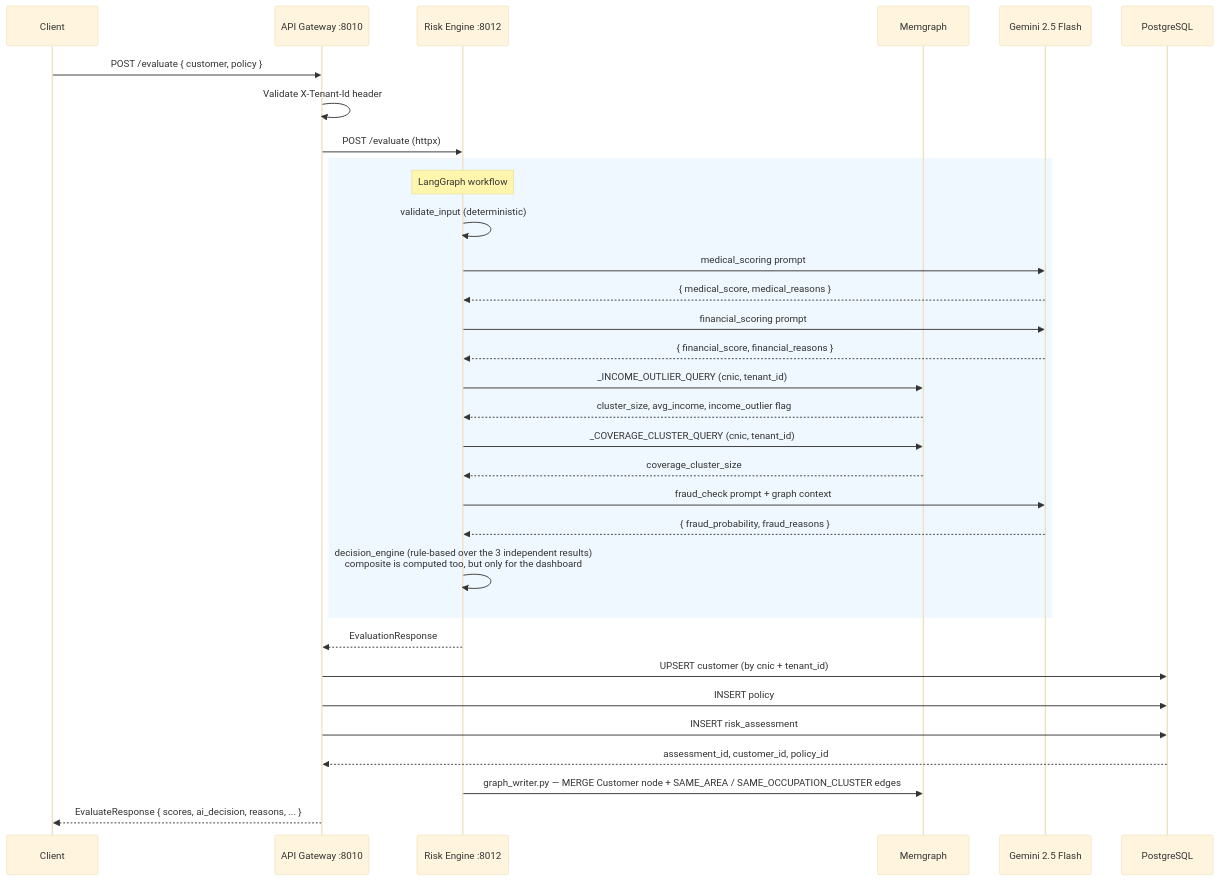
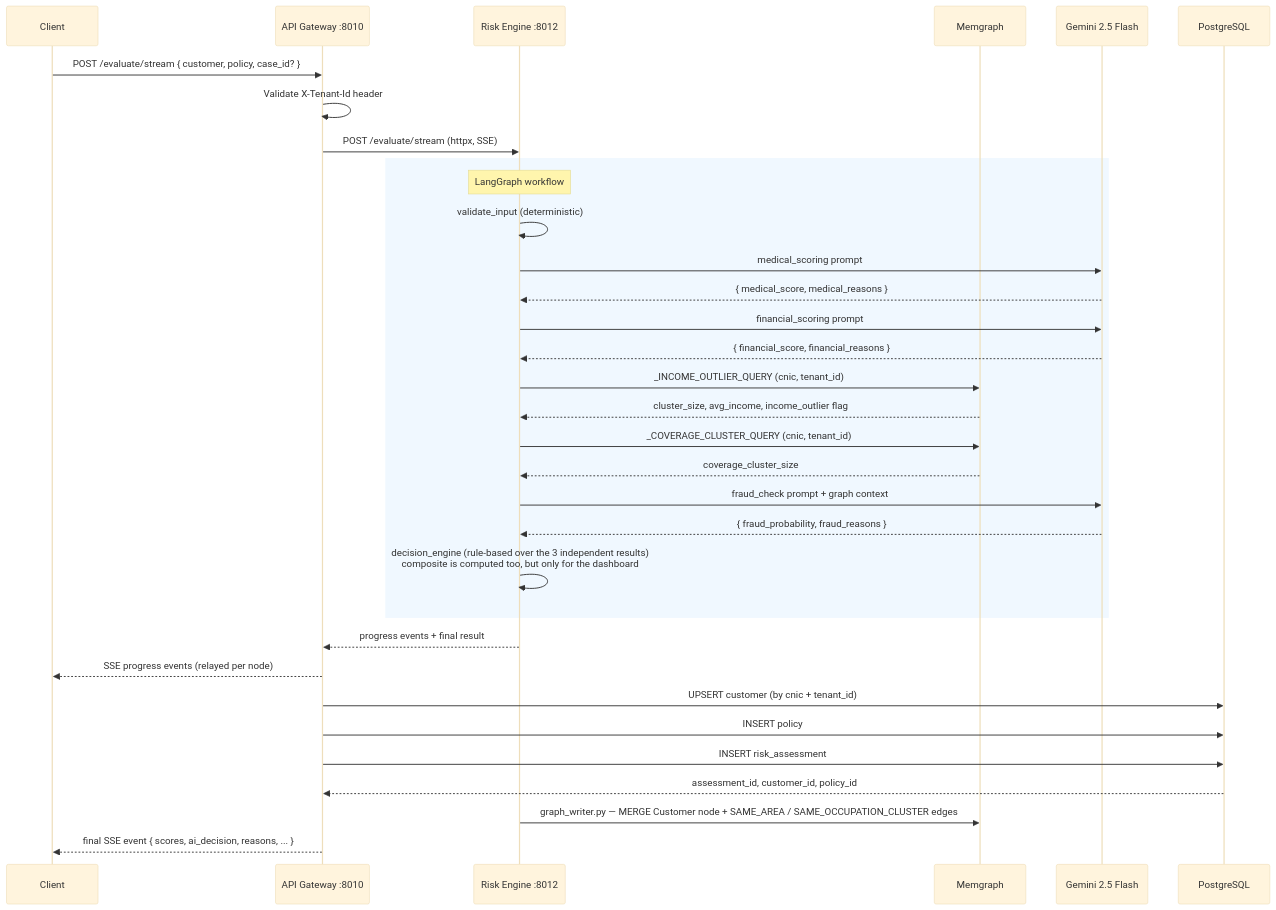
Before and after one commit to Nouman64-cat/insurance-ai: the second of 5 diagrams in docs/docs/data-flow.md, drawn with Mermaid (base theme). The commit also changed other lines of this file and 13 other files, not shown here.

````diff
--- a/docs/docs/data-flow.md
+++ b/docs/docs/data-flow.md
@@ -43,40 +43,41 @@
 ```mermaid
 sequenceDiagram
     participant C as Client
     participant GW as API Gateway :8010
     participant RE as Risk Engine :8012
     participant MG as Memgraph
     participant LLM as Gemini 2.5 Flash
     participant PG as PostgreSQL
 
-    C->>GW: POST /evaluate { customer, policy }
+    C->>GW: POST /evaluate/stream { customer, policy, case_id? }
     GW->>GW: Validate X-Tenant-Id header
 
-    GW->>RE: POST /evaluate (httpx)
+    GW->>RE: POST /evaluate/stream (httpx, SSE)
 
     rect rgb(240, 248, 255)
         note over RE: LangGraph workflow
         RE->>RE: validate_input (deterministic)
         RE->>LLM: medical_scoring prompt
         LLM-->>RE: { medical_score, medical_reasons }
         RE->>LLM: financial_scoring prompt
         LLM-->>RE: { financial_score, financial_reasons }
         RE->>MG: _INCOME_OUTLIER_QUERY (cnic, tenant_id)
         MG-->>RE: cluster_size, avg_income, income_outlier flag
         RE->>MG: _COVERAGE_CLUSTER_QUERY (cnic, tenant_id)
         MG-->>RE: coverage_cluster_size
         RE->>LLM: fraud_check prompt + graph context
         LLM-->>RE: { fraud_probability, fraud_reasons }
         RE->>RE: decision_engine (rule-based over the 3 independent results)<br/>composite is computed too, but only for the dashboard
     end
 
-    RE-->>GW: EvaluationResponse
+    RE-->>GW: progress events + final result
+    GW-->>C: SSE progress events (relayed per node)
 
     GW->>PG: UPSERT customer (by cnic + tenant_id)
     GW->>PG: INSERT policy
     GW->>PG: INSERT risk_assessment
     PG-->>GW: assessment_id, customer_id, policy_id
     RE->>MG: graph_writer.py — MERGE Customer node + SAME_AREA / SAME_OCCUPATION_CLUSTER edges
 
-    GW-->>C: EvaluateResponse { scores, ai_decision, reasons, ... }
+    GW-->>C: final SSE event { scores, ai_decision, reasons, ... }
 ```
````
